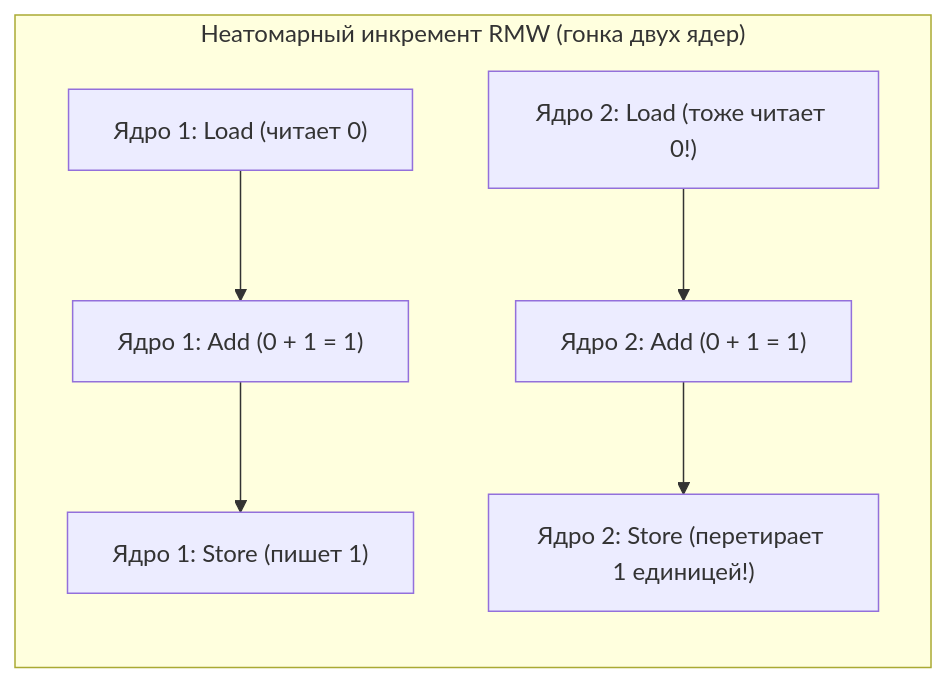
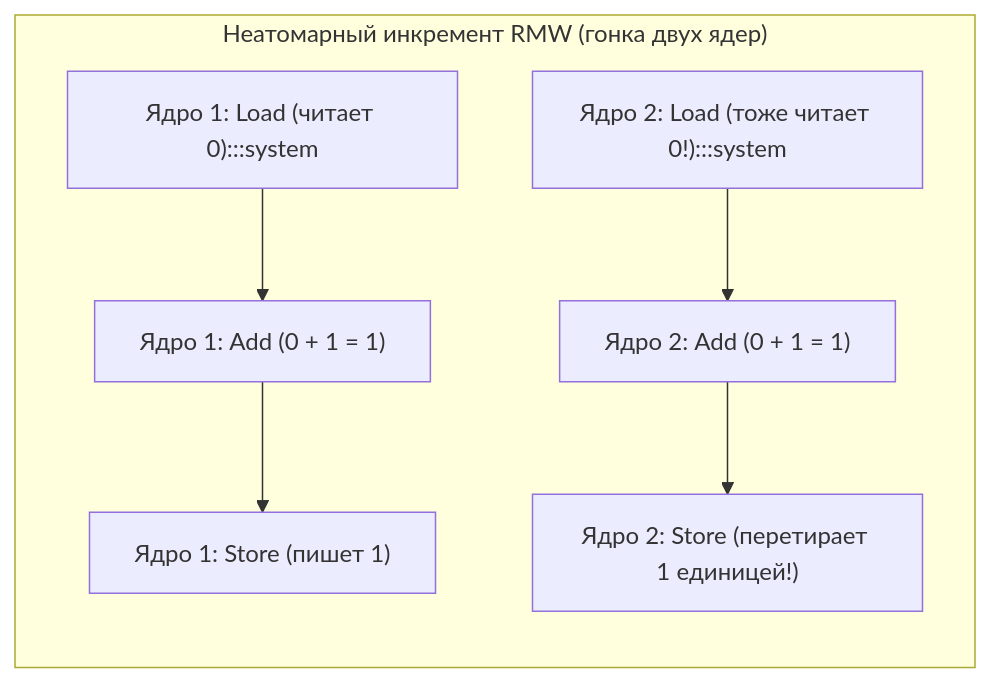
Before and after one commit to UnrealTemplier/go-textbook: the first of 2 diagrams in sources/1. Архитектура компьютера/23. Атомарные операции. CAS, Compare And Swap, Fetch And Add.md, drawn with Mermaid. The commit also changed other lines of this file and 1666 other files, not shown here.

First line of the commit message:
feat(mermaid): add semantic color classDef to 1369 colorless flowchart/graph diagrams

````diff
--- a/sources/1. Архитектура компьютера/23. Атомарные операции. CAS, Compare And Swap, Fetch And Add.md
+++ b/sources/1. Архитектура компьютера/23. Атомарные операции. CAS, Compare And Swap, Fetch And Add.md
@@ -22,10 +22,20 @@
 ```mermaid
 flowchart TD
+    classDef process  fill:#1e293b,stroke:#38bdf8,stroke-width:1px,color:#f8fafc
+    classDef success  fill:#064e3b,stroke:#34d399,stroke-width:1px,color:#f8fafc
+    classDef error    fill:#7f1d1d,stroke:#f87171,stroke-width:1px,color:#f8fafc
+    classDef warning  fill:#78350f,stroke:#fbbf24,stroke-width:1px,color:#f8fafc
+    classDef entry    fill:#1e3a5f,stroke:#38bdf8,stroke-width:2px,color:#f8fafc
+    classDef aux      fill:#334155,stroke:#64748b,stroke-width:1px,color:#f8fafc
+    classDef system   fill:#312e81,stroke:#a78bfa,stroke-width:1px,color:#f8fafc
+    classDef data     fill:#132d29,stroke:#2dd4bf,stroke-width:1px,color:#f8fafc
+    classDef network  fill:#881337,stroke:#fb7185,stroke-width:1px,color:#f8fafc
+    classDef accent   fill:#1e1b4b,stroke:#818cf8,stroke-width:1px,color:#f8fafc
     subgraph RMW["Неатомарный инкремент RMW (гонка двух ядер)"]
         direction TB
-        C1_Read["Ядро 1: Load (читает 0)"] --> C1_Add["Ядро 1: Add (0 + 1 = 1)"]
-        C2_Read["Ядро 2: Load (тоже читает 0!)"] --> C2_Add["Ядро 2: Add (0 + 1 = 1)"]
+        C1_Read["Ядро 1: Load (читает 0):::system"] --> C1_Add["Ядро 1: Add (0 + 1 = 1)"]
+        C2_Read["Ядро 2: Load (тоже читает 0!):::system"] --> C2_Add["Ядро 2: Add (0 + 1 = 1)"]
         C1_Add --> C1_Write["Ядро 1: Store (пишет 1)"]
         C2_Add --> C2_Write["Ядро 2: Store (перетирает 1 единицей!)"]
     end
 ```
````
